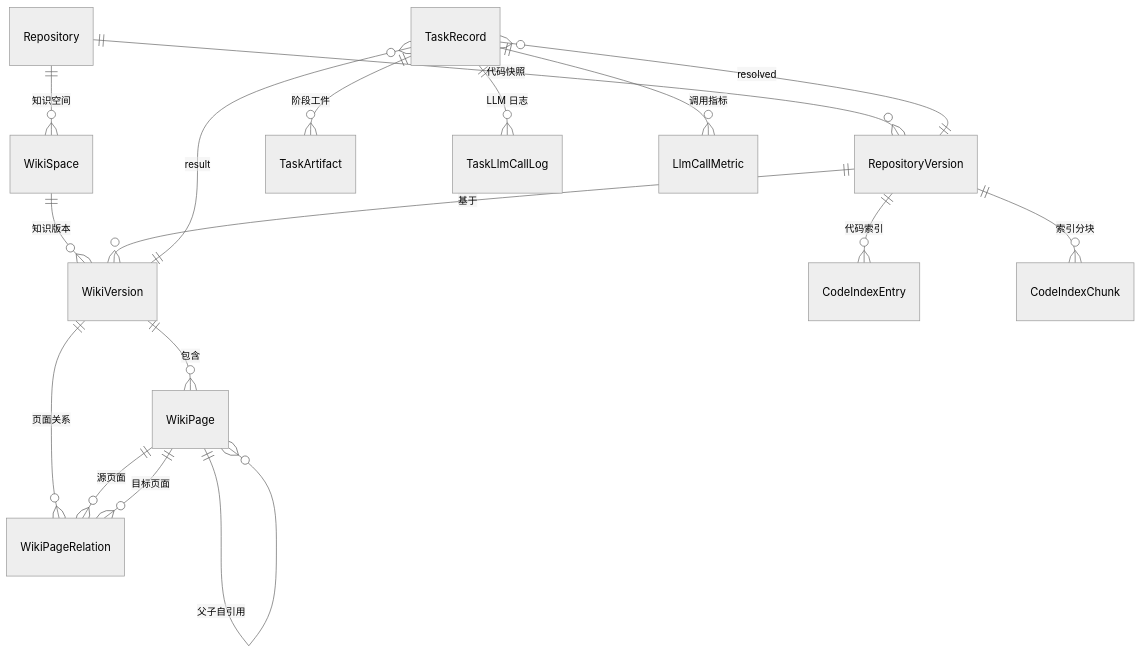
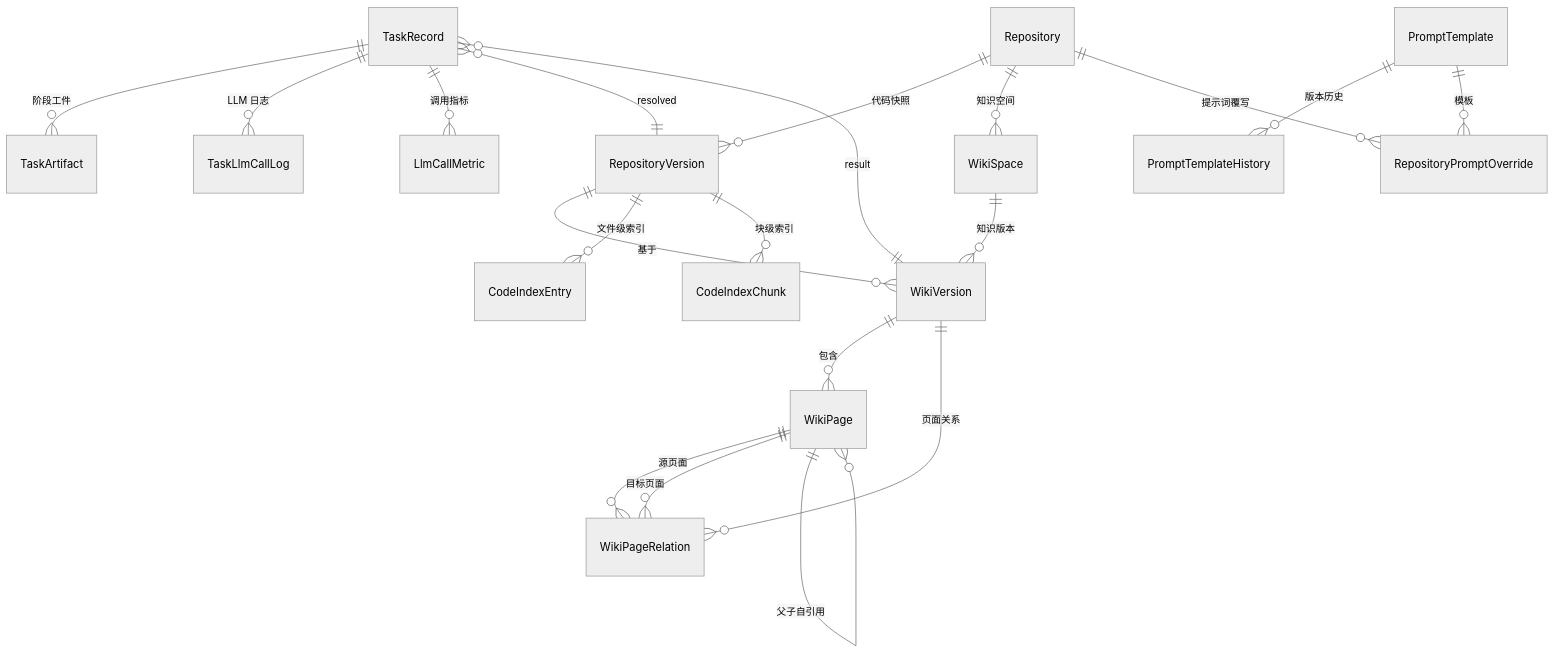
The fifth of 16 diagrams in doc/architecture/architecture.md (daohunliwei/Heimdall), drawn with Mermaid (neutral theme) before and after one commit. The commit also changed other lines of this file and 3 other files, not shown here.

````diff
--- a/doc/architecture/architecture.md
+++ b/doc/architecture/architecture.md
@@ -282,21 +281,25 @@
 ```mermaid
 erDiagram
     Repository ||--o{ RepositoryVersion : "代码快照"
     Repository ||--o{ WikiSpace : "知识空间"
     WikiSpace ||--o{ WikiVersion : "知识版本"
     RepositoryVersion ||--o{ WikiVersion : "基于"
     WikiVersion ||--o{ WikiPage : "包含"
     WikiVersion ||--o{ WikiPageRelation : "页面关系"
     WikiPage ||--o{ WikiPageRelation : "源页面"
     WikiPage ||--o{ WikiPageRelation : "目标页面"
     WikiPage ||--o{ WikiPage : "父子自引用"
 
-    RepositoryVersion ||--o{ CodeIndexEntry : "代码索引"
-    RepositoryVersion ||--o{ CodeIndexChunk : "索引分块"
+    RepositoryVersion ||--o{ CodeIndexEntry : "文件级索引"
+    RepositoryVersion ||--o{ CodeIndexChunk : "块级索引"
 
     TaskRecord ||--o{ TaskArtifact : "阶段工件"
     TaskRecord ||--o{ TaskLlmCallLog : "LLM 日志"
     TaskRecord ||--o{ LlmCallMetric : "调用指标"
     TaskRecord }o--|| RepositoryVersion : "resolved"
     TaskRecord }o--|| WikiVersion : "result"
+
+    PromptTemplate ||--o{ PromptTemplateHistory : "版本历史"
+    Repository ||--o{ RepositoryPromptOverride : "提示词覆写"
+    PromptTemplate ||--o{ RepositoryPromptOverride : "模板"
 ```
````
